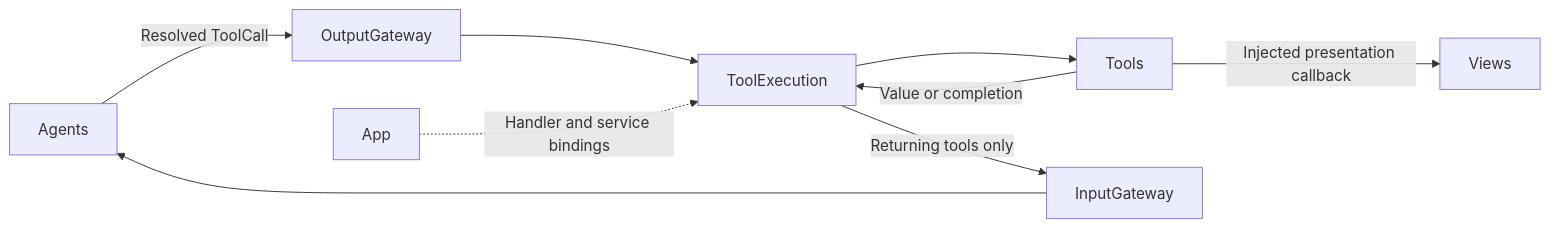
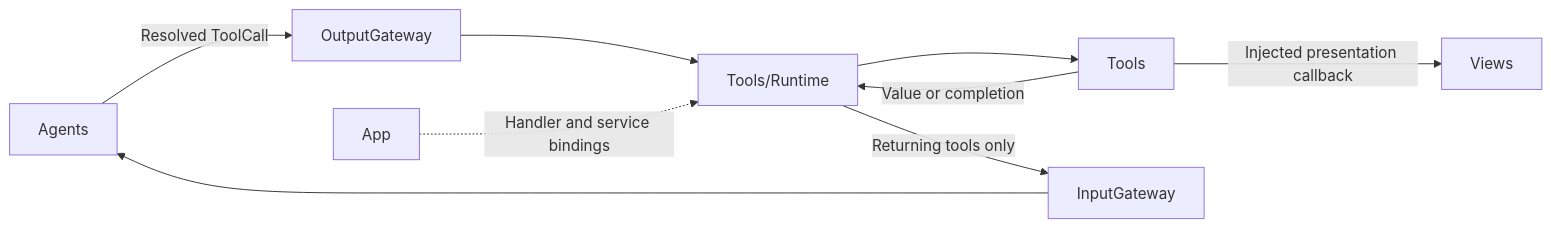
One commit to devilyouwei/MobileHarness changed the first of 2 diagrams in MobileHarness/Tools/README.md. Above: the diagram before and after it, drawn with Mermaid. The commit also changed 131 other files, not shown here.

````diff
--- a/MobileHarness/Tools/README.md
+++ b/MobileHarness/Tools/README.md
@@ -19,11 +19,11 @@
 ```mermaid
 flowchart LR
     Agents -->|Resolved ToolCall| Gateway[OutputGateway]
-    Gateway --> Runtime[ToolExecution]
+    Gateway --> Runtime[Tools/Runtime]
     App -.->|Handler and service bindings| Runtime
     Runtime --> Tools
     Tools -->|Injected presentation callback| Views
     Tools -->|Value or completion| Runtime
     Runtime -->|Returning tools only| Input[InputGateway]
     Input --> Agents
 ```
````
